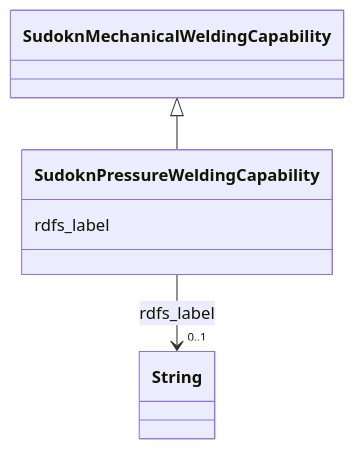
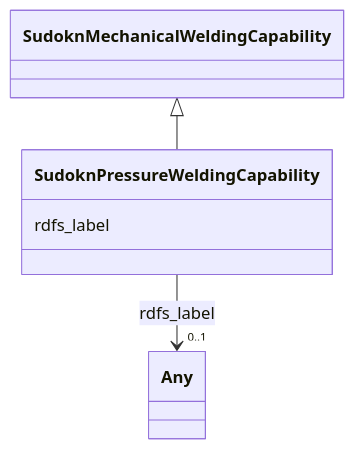
One commit to frink-okn/graph-descriptions changed the diagram in sudokn-kg/classes/SudoknPressureWeldingCapability.md. Above: the diagram before and after it, drawn with Mermaid. The commit also changed other lines of this file and 903 other files, not shown here.

````diff
--- a/sudokn-kg/classes/SudoknPressureWeldingCapability.md
+++ b/sudokn-kg/classes/SudoknPressureWeldingCapability.md
@@ -23,18 +16,18 @@
 ```mermaid
  classDiagram
     class SudoknPressureWeldingCapability
     click SudoknPressureWeldingCapability href "../SudoknPressureWeldingCapability"
       SudoknMechanicalWeldingCapability <|-- SudoknPressureWeldingCapability
         click SudoknMechanicalWeldingCapability href "../SudoknMechanicalWeldingCapability"
       
       SudoknPressureWeldingCapability : rdfs_label
         
           
     
     
-    SudoknPressureWeldingCapability --> "0..1" String : rdfs_label
-    click String href "../String"
+    SudoknPressureWeldingCapability --> "0..1" Any : rdfs_label
+    click Any href "../Any"
 
         
       
 ```
````
